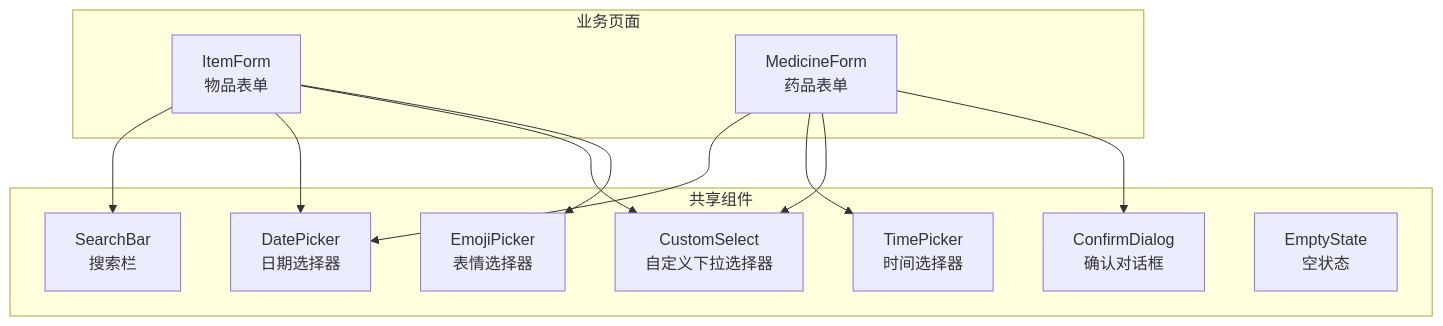
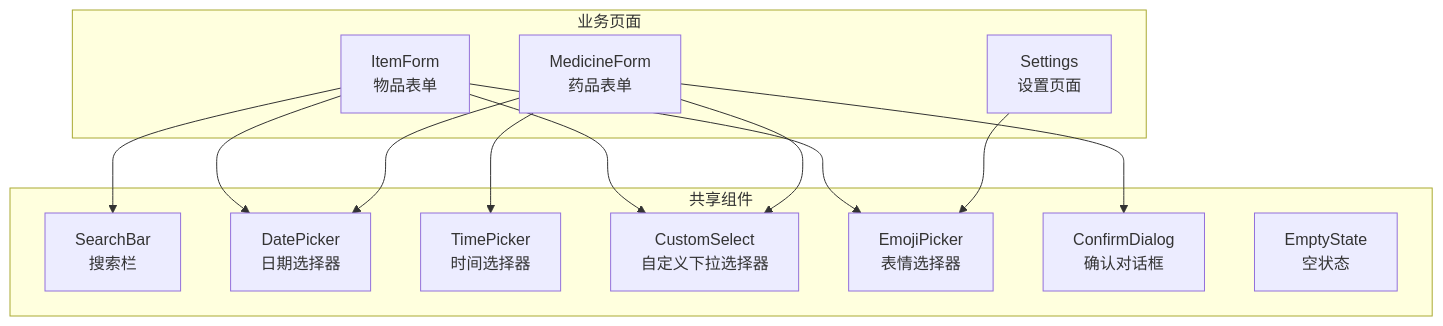
The first of 6 diagrams in .qoder/repowiki/zh/content/用户界面组件/通用组件.md (yn-zxj/Assetly), drawn with Mermaid before and after one commit. The commit also changed other lines of this file and 16 other files, not shown here.

````diff
--- a/.qoder/repowiki/zh/content/用户界面组件/通用组件.md
+++ b/.qoder/repowiki/zh/content/用户界面组件/通用组件.md
@@ -42,24 +51,26 @@
 ```mermaid
 graph TB
 subgraph "共享组件"
 SB["SearchBar<br/>搜索栏"]
 DP["DatePicker<br/>日期选择器"]
 TP["TimePicker<br/>时间选择器"]
 CS["CustomSelect<br/>自定义下拉选择器"]
 EP["EmojiPicker<br/>表情选择器"]
 CD["ConfirmDialog<br/>确认对话框"]
 ES["EmptyState<br/>空状态"]
 end
 subgraph "业务页面"
 IF["ItemForm<br/>物品表单"]
 MF["MedicineForm<br/>药品表单"]
+ST["Settings<br/>设置页面"]
 end
 IF --> SB
 IF --> DP
 IF --> CS
 IF --> EP
 MF --> DP
 MF --> TP
 MF --> CS
 MF --> CD
+ST --> EP
 ```
````
